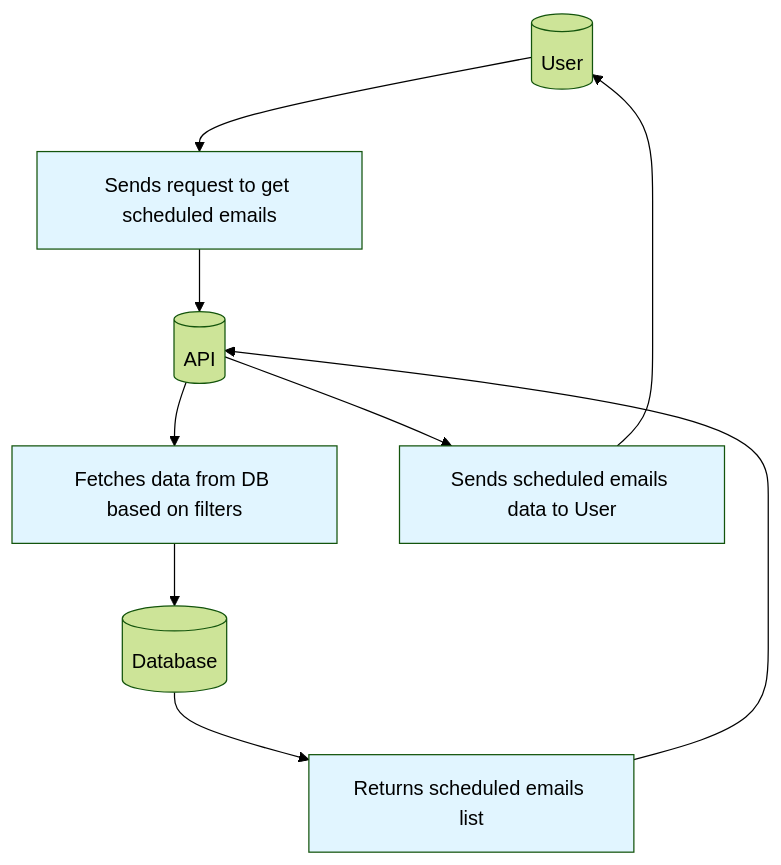
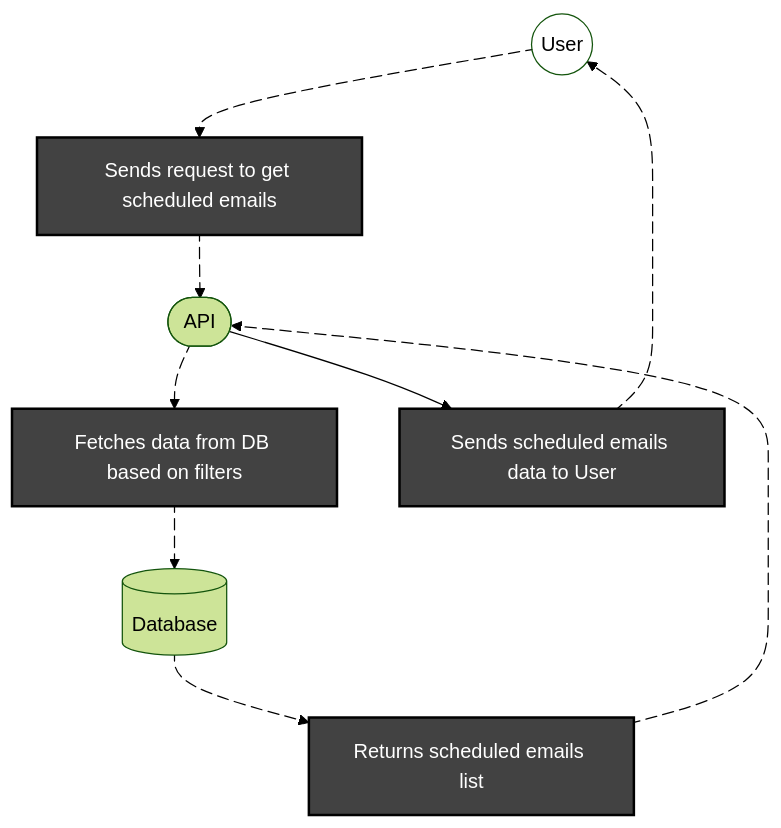
Before and after one commit to Harshita-capsitech/EmailDocs: the first of 3 diagrams in ScheduleEmails/scheduled-email-list.md, drawn with Mermaid (forest theme). The commit also changed other lines of this file, not shown here.

````diff
--- a/ScheduleEmails/scheduled-email-list.md
+++ b/ScheduleEmails/scheduled-email-list.md
@@ -12,23 +12,32 @@
 ```mermaid
-flowchart TD
-    %% External Entities
-    User[(User)]
-    API[(API)]
-    DB[(Database)]
-
-    %% Process
-    req["Sends request to get scheduled emails"]
-    fetch["Fetches data from DB based on filters"]
-    ret["Returns scheduled emails list"]
-    resp["Sends scheduled emails data to User"]
-
-    User --> req --> API
-    API --> fetch --> DB
-    DB --> ret --> API
-    API --> resp --> User
-
-    style req fill:#e1f5ff
-    style fetch fill:#e1f5ff
-    style ret fill:#e1f5ff
-    style resp fill:#e1f5ff
+flowchart TB
+    User(("User")) e1@--> req["Sends request to get scheduled emails"]
+    req e2@--> API(["API"])
+    API e3@--> fetch["Fetches data from DB based on filters"] & resp["Sends scheduled emails data to User"]
+    fetch e4@--> DB["Database"]
+    DB e5@--> ret["Returns scheduled emails list"]
+    ret e6@--> API
+    resp e8@--> User
+    req@{ shape: rect}
+    fetch@{ shape: rect}
+    resp@{ shape: rect}
+    DB@{ shape: cyl}
+    ret@{ shape: rect}
+     req:::process
+     fetch:::process
+     resp:::process
+     ret:::process
+    classDef process fill:#e1f5ff,stroke:#0882af,stroke-width:2px
+    style User fill:transparent,color:#000000
+    style req color:#FFFFFF,fill:#424242,stroke:#000000
+    style fetch color:#FFFFFF,stroke:#000000,fill:#424242
+    style resp color:#FFFFFF,fill:#424242,stroke:#000000
+    style ret fill:#424242,color:#FFFFFF,stroke:#000000
+    e1@{ animation: fast }
+    e2@{ animation: fast }
+    e3@{ animation: fast }
+    e4@{ animation: fast }
+    e5@{ animation: fast }
+    e6@{ animation: fast }
+    e8@{ animation: fast }
 ```
````
